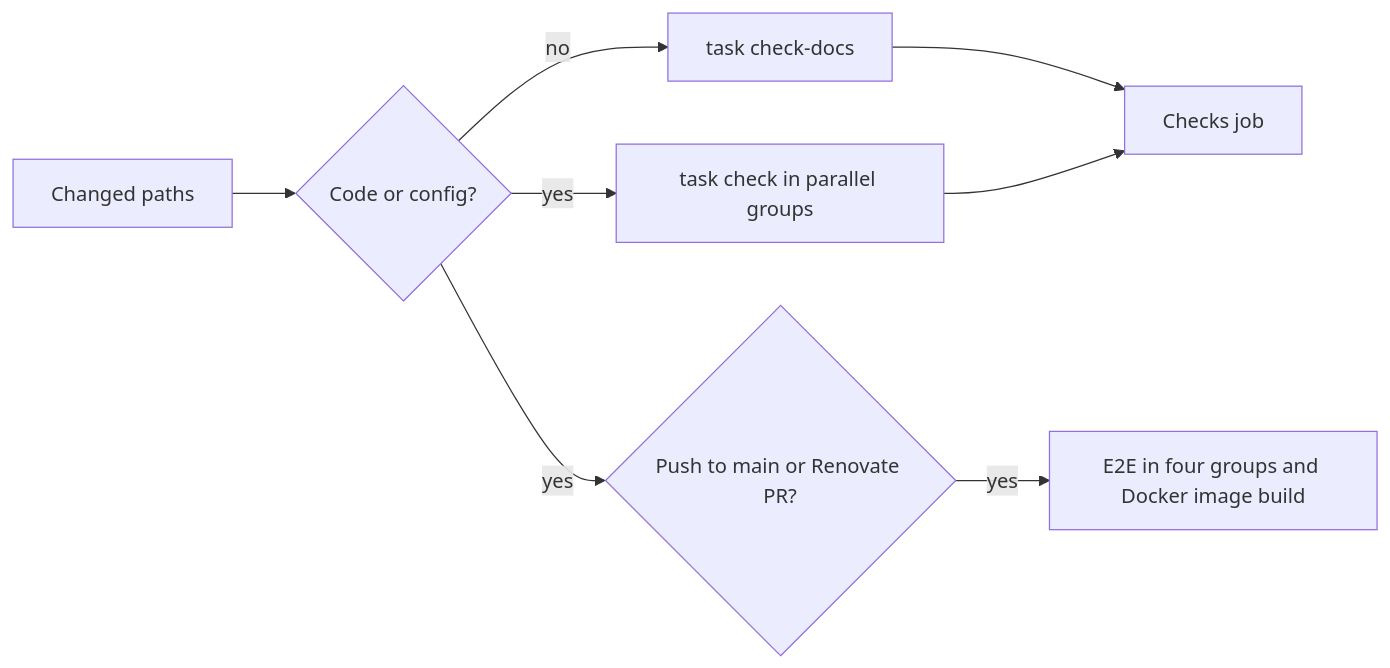
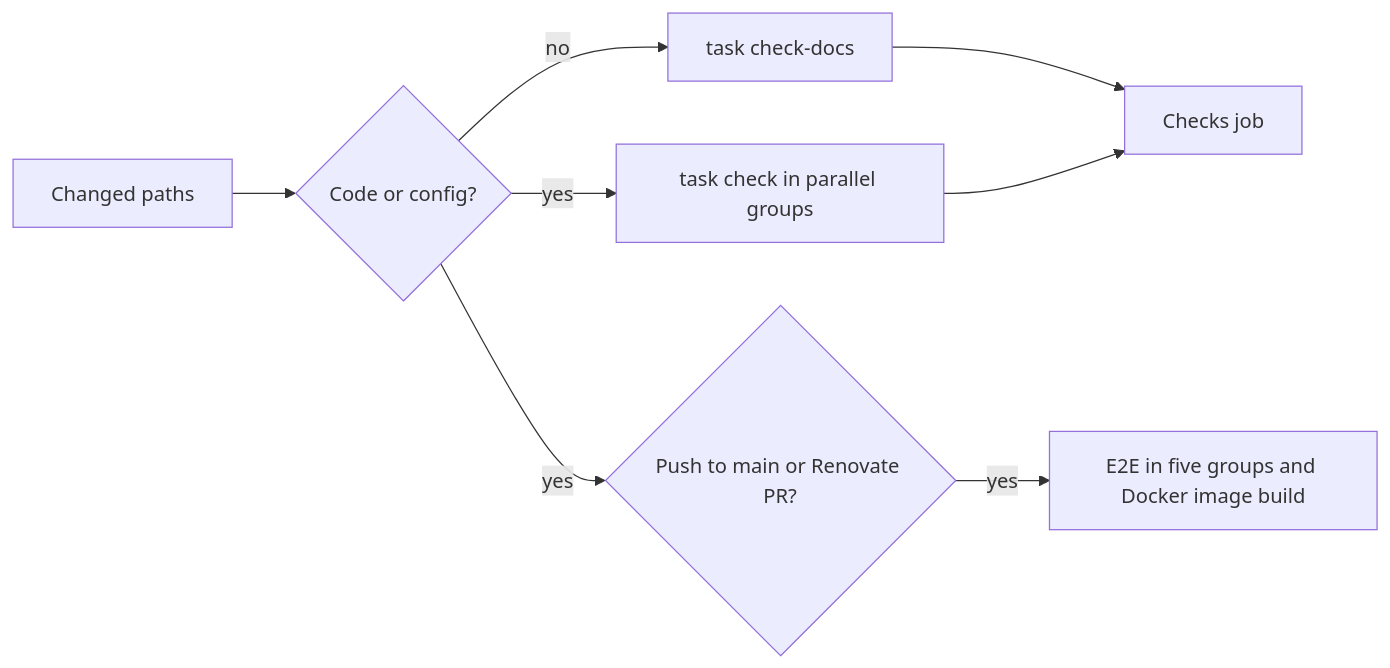
Before and after one commit to syudead/vv: the diagram in docs/how-to/development.md, drawn with Mermaid. The commit also changed 6 other files, not shown here.

````diff
--- a/docs/how-to/development.md
+++ b/docs/how-to/development.md
@@ -67,10 +67,10 @@
 ```mermaid
 flowchart LR
   change[Changed paths] --> code{Code or config?}
   code -->|no| docs[task check-docs]
   code -->|yes| groups[task check in parallel groups]
   docs --> checks[Checks job]
   groups --> checks
   code -->|yes| push{Push to main or Renovate PR?}
-  push -->|yes| more[E2E in four groups and Docker image build]
+  push -->|yes| more[E2E in five groups and Docker image build]
 ```
````
